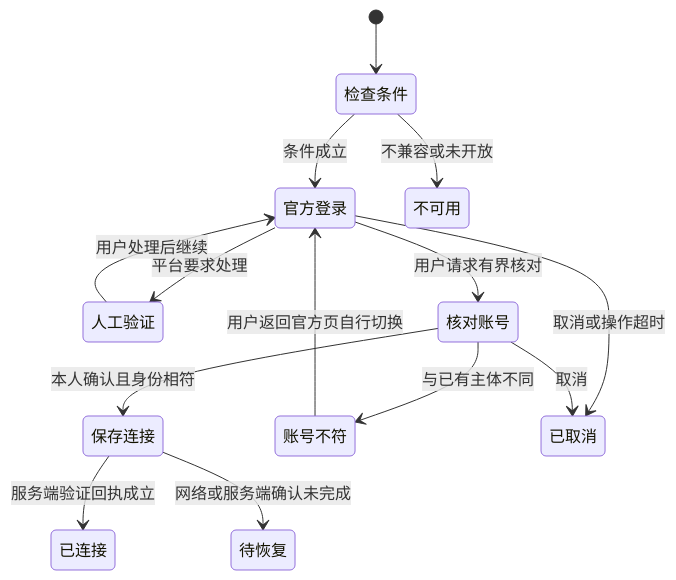
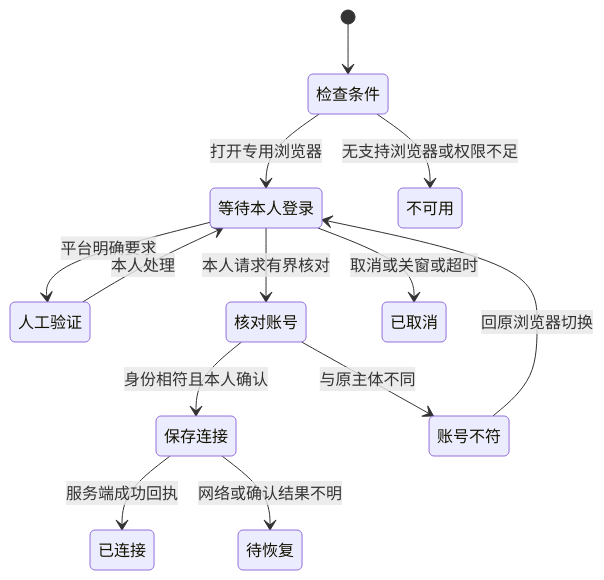
The fourth of 5 diagrams in docs/20-平台登录与作品数据自动回填设计.md (Siblingsl/ops), drawn with Mermaid before and after one commit. The commit also changed other lines of this file and 410 other files, not shown here.

````diff
--- a/docs/20-平台登录与作品数据自动回填设计.md
+++ b/docs/20-平台登录与作品数据自动回填设计.md
@@ -1815,16 +1825,15 @@
 ```mermaid
 stateDiagram-v2
     [*] --> 检查条件
-    检查条件 --> 官方登录: 条件成立
-    检查条件 --> 不可用: 不兼容或未开放
-    官方登录 --> 人工验证: 平台要求处理
-    人工验证 --> 官方登录: 用户处理后继续
-    官方登录 --> 核对账号: 用户请求有界核对
-    核对账号 --> 保存连接: 本人确认且身份相符
-    核对账号 --> 账号不符: 与已有主体不同
-    账号不符 --> 官方登录: 用户返回官方页自行切换
-    保存连接 --> 已连接: 服务端验证回执成立
-    保存连接 --> 待恢复: 网络或服务端确认未完成
-    官方登录 --> 已取消: 取消或操作超时
-    核对账号 --> 已取消: 取消
+    检查条件 --> 等待本人登录: 打开专用浏览器
+    检查条件 --> 不可用: 无支持浏览器或权限不足
+    等待本人登录 --> 人工验证: 平台明确要求
+    人工验证 --> 等待本人登录: 本人处理
+    等待本人登录 --> 核对账号: 本人请求有界核对
+    核对账号 --> 保存连接: 身份相符且本人确认
+    核对账号 --> 账号不符: 与原主体不同
+    账号不符 --> 等待本人登录: 回原浏览器切换
+    保存连接 --> 已连接: 服务端成功回执
+    保存连接 --> 待恢复: 网络或确认结果不明
+    等待本人登录 --> 已取消: 取消或关窗或超时
 ```
````
